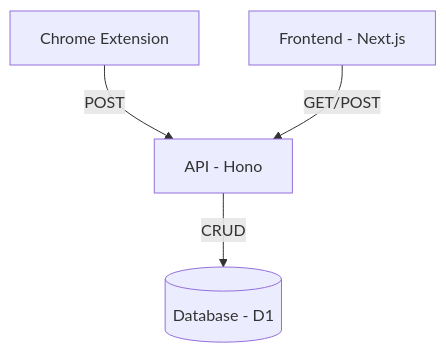
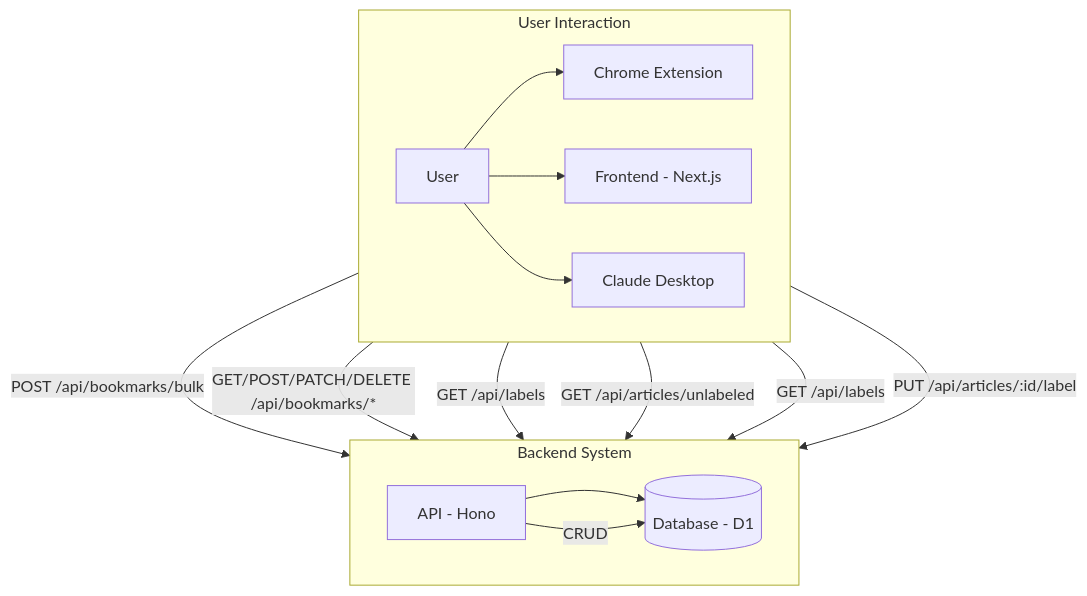
Before and after one commit to ryosuke-horie/yomimono: the first of 4 diagrams in .clinerules/memory-bank/systemPatterns.md, drawn with Mermaid. The commit also changed other lines of this file and 2 other files, not shown here.

````diff
--- a/.clinerules/memory-bank/systemPatterns.md
+++ b/.clinerules/memory-bank/systemPatterns.md
@@ -5,11 +5,22 @@
 ```mermaid
 graph TD
-    Chrome[Chrome Extension]
-    Frontend[Frontend - Next.js]
-    API[API - Hono]
-    DB[(Database - D1)]
+    subgraph User Interaction
+        direction LR
+        User --> Chrome[Chrome Extension]
+        User --> Frontend[Frontend - Next.js]
+        User --> Claude[Claude Desktop]
+    end
 
-    Chrome -->|POST| API
-    Frontend -->|GET/POST| API
+    subgraph Backend System
+        direction LR
+        API[API - Hono] --> DB[(Database - D1)]
+    end
+
+    Chrome -->|POST /api/bookmarks/bulk| API
+    Frontend -->|GET/POST/PATCH/DELETE /api/bookmarks/*| API
+    Frontend -->|GET /api/labels| API
+    Claude -->|GET /api/articles/unlabeled| API
+    Claude -->|GET /api/labels| API
+    Claude -->|PUT /api/articles/:id/label| API
     API -->|CRUD| DB
 ```
````
